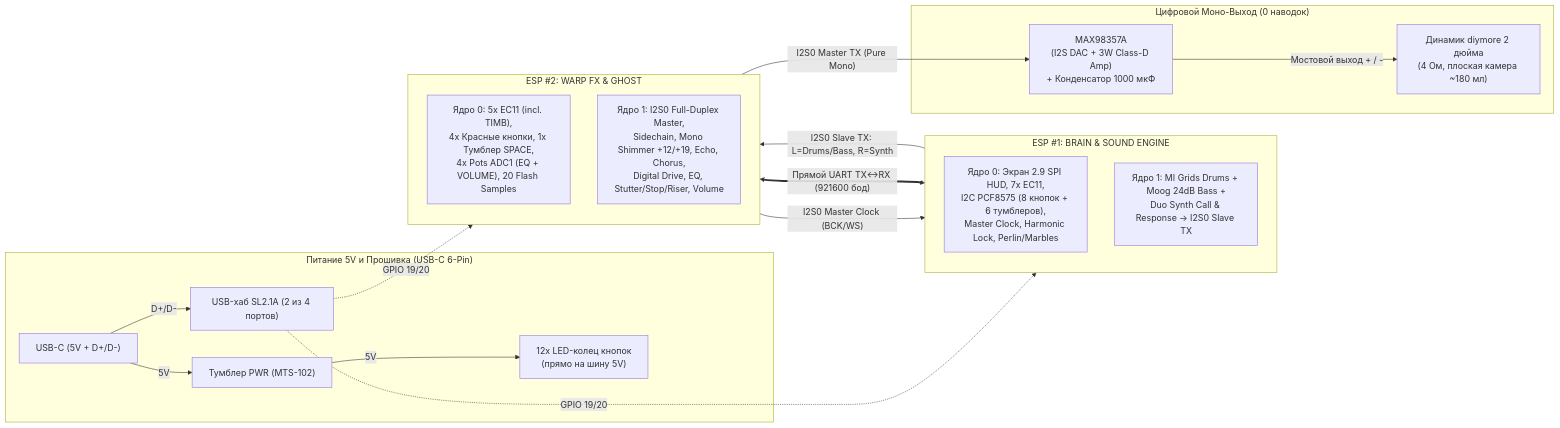
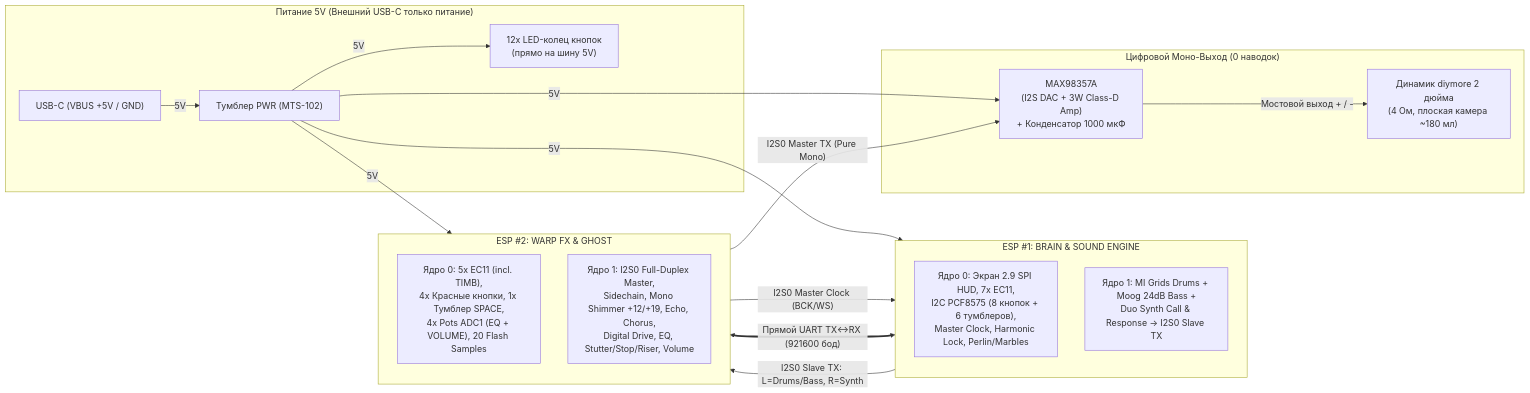
One commit to onceuponoleg/CyberDeckSynth changed the diagram in README.md. Above: the diagram before and after it, drawn with Mermaid. The commit also changed other lines of this file, not shown here.

````diff
--- a/README.md
+++ b/README.md
@@ -21,37 +21,36 @@
 ```mermaid
 flowchart LR
-    subgraph PWR["Питание 5V и Прошивка (USB-C 6-Pin)"]
-        USBC["USB-C (5V + D+/D-)"]
+    subgraph PWR["Питание 5V (Внешний USB-C только питание)"]
+        USBC["USB-C (VBUS +5V / GND)"]
         SWPWR["Тумблер PWR (MTS-102)"]
-        HUB["USB-хаб SL2.1A (2 из 4 портов)"]
         LEDS["12x LED-колец кнопок<br/>(прямо на шину 5V)"]
         USBC -->|"5V"| SWPWR
         SWPWR -->|"5V"| LEDS
-        USBC -->|"D+/D-"| HUB
     end
 
     subgraph ESP1["ESP #1: BRAIN & SOUND ENGINE"]
         CORE0_1["Ядро 0: Экран 2.9 SPI HUD, 7x EC11,<br/>I2C PCF8575 (8 кнопок + 6 тумблеров),<br/>Master Clock, Harmonic Lock, Perlin/Marbles"]
         CORE1_1["Ядро 1: MI Grids Drums + Moog 24dB Bass +<br/>Duo Synth Call & Response -> I2S0 Slave TX"]
     end
 
     subgraph ESP2["ESP #2: WARP FX & GHOST"]
         CORE0_2["Ядро 0: 5x EC11 (incl. TIMB),<br/>4x Красные кнопки, 1x Тумблер SPACE,<br/>4x Pots ADC1 (EQ + VOLUME), 20 Flash Samples"]
         CORE1_2["Ядро 1: I2S0 Full-Duplex Master,<br/>Sidechain, Mono Shimmer +12/+19, Echo, Chorus,<br/>Digital Drive, EQ, Stutter/Stop/Riser, Volume"]
     end
 
     subgraph AUDIO["Цифровой Моно-Выход (0 наводок)"]
         AMP["MAX98357A<br/>(I2S DAC + 3W Class-D Amp)<br/>+ Конденсатор 1000 мкФ"]
         SPK["Динамик diymore 2 дюйма<br/>(4 Ом, плоская камера ~180 мл)"]
         AMP -->|"Мостовой выход + / -"| SPK
     end
 
-    HUB -.->|"GPIO 19/20"| ESP1
-    HUB -.->|"GPIO 19/20"| ESP2
+    SWPWR -->|"5V"| ESP1
+    SWPWR -->|"5V"| ESP2
+    SWPWR -->|"5V"| AMP
 
     ESP1 <==>|"Прямой UART TX<->RX (921600 бод)"| ESP2
 
     ESP1 -->|"I2S0 Slave TX: L=Drums/Bass, R=Synth"| ESP2
     ESP2 -->|"I2S0 Master Clock (BCK/WS)"| ESP1
     ESP2 -->|"I2S0 Master TX (Pure Mono)"| AMP
 ```
````
